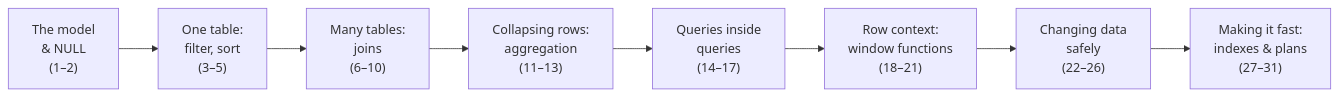
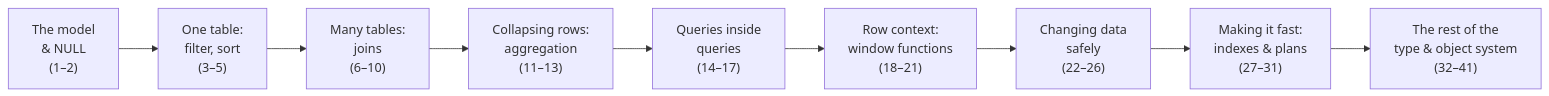
One commit to AthreyaRah/sql-fp changed the diagram in docs/foundations/index.mdx. Above: the diagram before and after it, drawn with Mermaid. The commit also changed other lines of this file and 21 other files, not shown here.

First line of the commit message:
Foundations: +10 topics (the rest of the type & object system) (#2)

````diff
--- a/docs/foundations/index.mdx
+++ b/docs/foundations/index.mdx
@@ -17,10 +17,11 @@
 ```mermaid
 flowchart LR
     A["The model<br/>& NULL<br/>(1–2)"] --> B["One table:<br/>filter, sort<br/>(3–5)"]
     B --> C["Many tables:<br/>joins<br/>(6–10)"]
     C --> D["Collapsing rows:<br/>aggregation<br/>(11–13)"]
     D --> E["Queries inside<br/>queries<br/>(14–17)"]
     E --> F["Row context:<br/>window functions<br/>(18–21)"]
     F --> G["Changing data<br/>safely<br/>(22–26)"]
     G --> H["Making it fast:<br/>indexes & plans<br/>(27–31)"]
+    H --> I["The rest of the<br/>type & object system<br/>(32–41)"]
 ```
````
